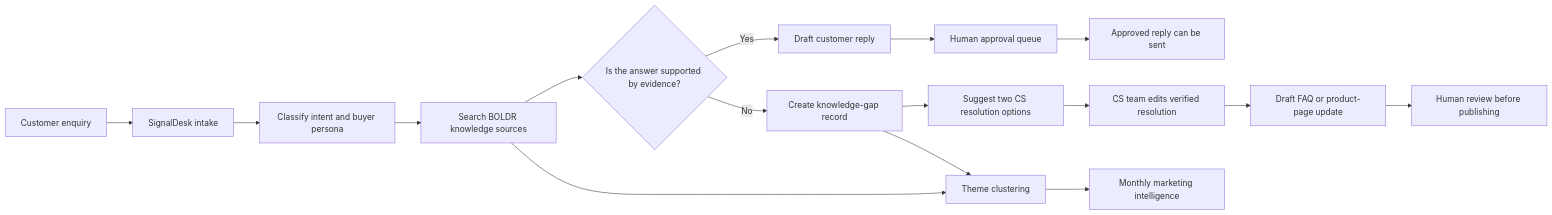
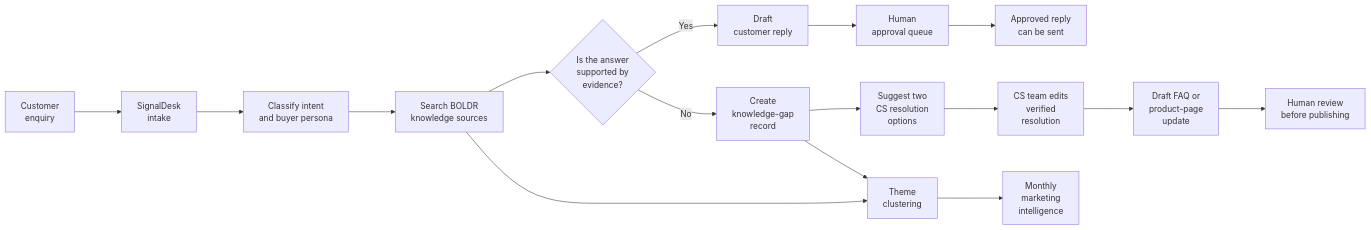
The first of 7 diagrams in WORKFLOW_DOCUMENTATION.md (Aaryan126/BOLDR_Aaryan), drawn with Mermaid before and after one commit.

Commit message:
workflow-2

````diff
--- a/WORKFLOW_DOCUMENTATION.md
+++ b/WORKFLOW_DOCUMENTATION.md
@@ -28,18 +28,19 @@
 ```mermaid
+%%{init: {"flowchart": {"htmlLabels": true, "nodeSpacing": 70, "rankSpacing": 90, "curve": "basis"}, "themeVariables": {"fontSize": "16px"}}}%%
 flowchart LR
-    Customer["Customer enquiry"] --> Intake["SignalDesk intake"]
-    Intake --> Classify["Classify intent and buyer persona"]
-    Classify --> Retrieve["Search BOLDR knowledge sources"]
-    Retrieve --> Decision{"Is the answer supported by evidence?"}
-    Decision -->|"Yes"| Draft["Draft customer reply"]
-    Draft --> Approval["Human approval queue"]
-    Approval --> Send["Approved reply can be sent"]
-    Decision -->|"No"| Gap["Create knowledge-gap record"]
-    Gap --> Suggest["Suggest two CS resolution options"]
-    Suggest --> CS["CS team edits verified resolution"]
-    CS --> FAQ["Draft FAQ or product-page update"]
-    FAQ --> Review["Human review before publishing"]
-    Retrieve --> Themes["Theme clustering"]
+    Customer["Customer<br/>enquiry"] --> Intake["SignalDesk<br/>intake"]
+    Intake --> Classify["Classify intent<br/>and buyer persona"]
+    Classify --> Retrieve["Search BOLDR<br/>knowledge sources"]
+    Retrieve --> Decision{"Is the answer<br/>supported by<br/>evidence?"}
+    Decision -->|"Yes"| Draft["Draft<br/>customer reply"]
+    Draft --> Approval["Human<br/>approval queue"]
+    Approval --> Send["Approved reply<br/>can be sent"]
+    Decision -->|"No"| Gap["Create<br/>knowledge-gap<br/>record"]
+    Gap --> Suggest["Suggest two<br/>CS resolution<br/>options"]
+    Suggest --> CS["CS team edits<br/>verified<br/>resolution"]
+    CS --> FAQ["Draft FAQ or<br/>product-page<br/>update"]
+    FAQ --> Review["Human review<br/>before publishing"]
+    Retrieve --> Themes["Theme<br/>clustering"]
     Gap --> Themes
-    Themes --> Marketing["Monthly marketing intelligence"]
+    Themes --> Marketing["Monthly<br/>marketing<br/>intelligence"]
 ```
````
